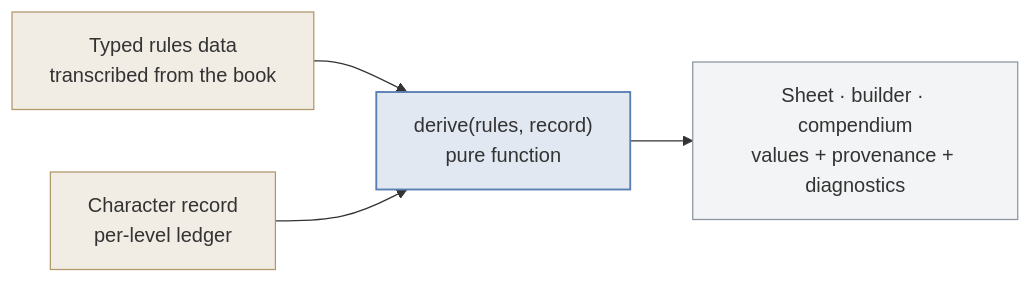
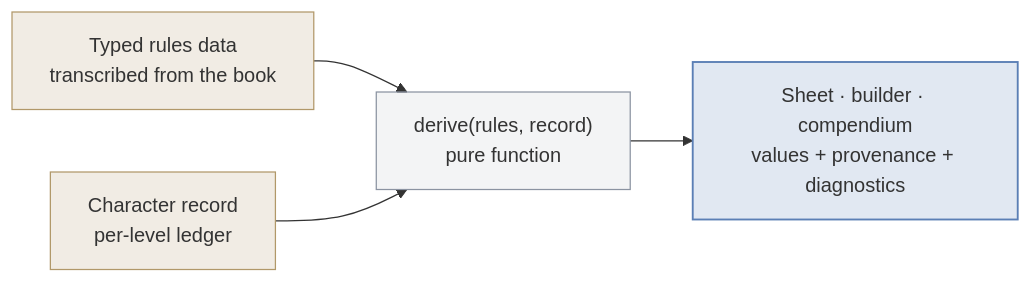
One commit to codex-magica/codex-magica.github.io changed the second of 3 diagrams in README.md. Above: the diagram before and after it, drawn with Mermaid. The commit also changed other lines of this file and 1 other file, not shown here.

First line of the commit message:
Mermaid diagrams: one colour rule everywhere (gold in, blue out, grey steps)

````diff
--- a/README.md
+++ b/README.md
@@ -193,11 +193,11 @@
 ```mermaid
 flowchart LR
     DATA["Typed rules data<br/>transcribed from the book"] --> ENGINE["derive(rules, record)<br/>pure function"]
     REC["Character record<br/>per-level ledger"] --> ENGINE
     ENGINE --> SHEET["Sheet · builder · compendium<br/>values + provenance + diagnostics"]
     classDef default fill:#8b93a11a,stroke:#8b93a1,stroke-width:1px
     classDef input fill:#b198692e,stroke:#b19869,stroke-width:1px
-    classDef key fill:#5b7fb52e,stroke:#5b7fb5,stroke-width:1.5px
+    classDef output fill:#5b7fb52e,stroke:#5b7fb5,stroke-width:1.5px
     class DATA,REC input
-    class ENGINE key
+    class SHEET output
 ```
````
